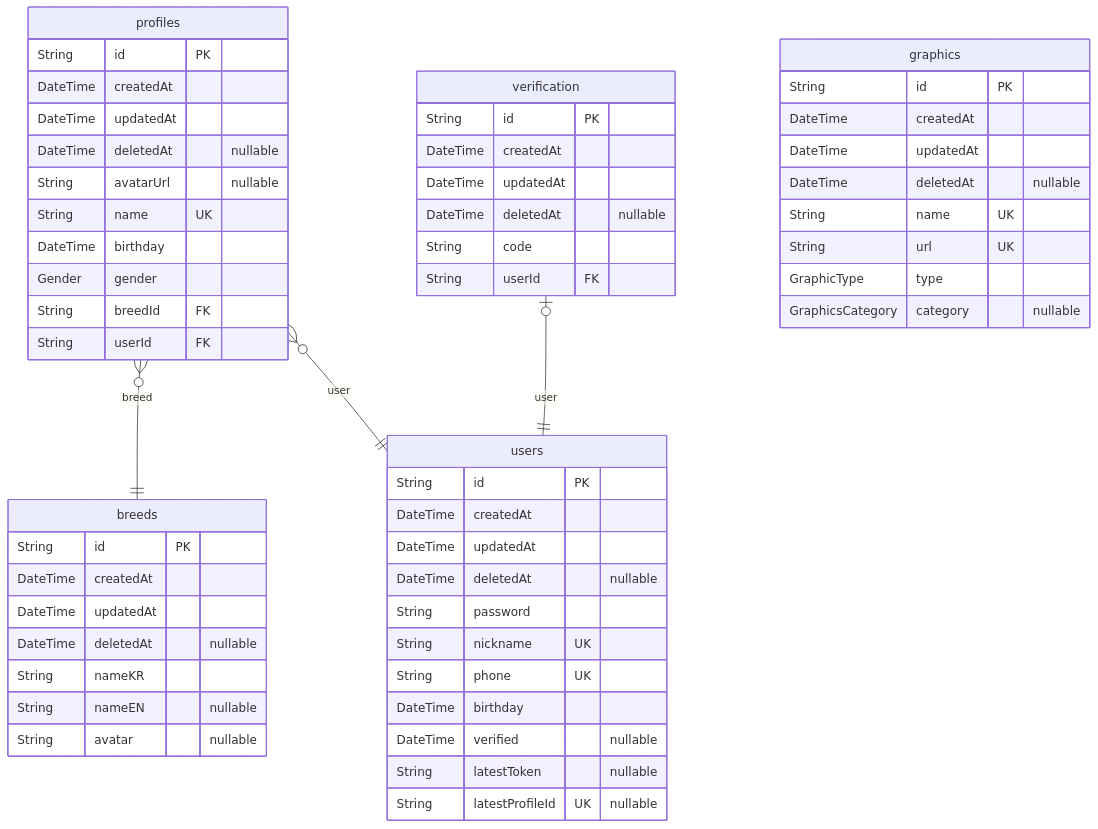
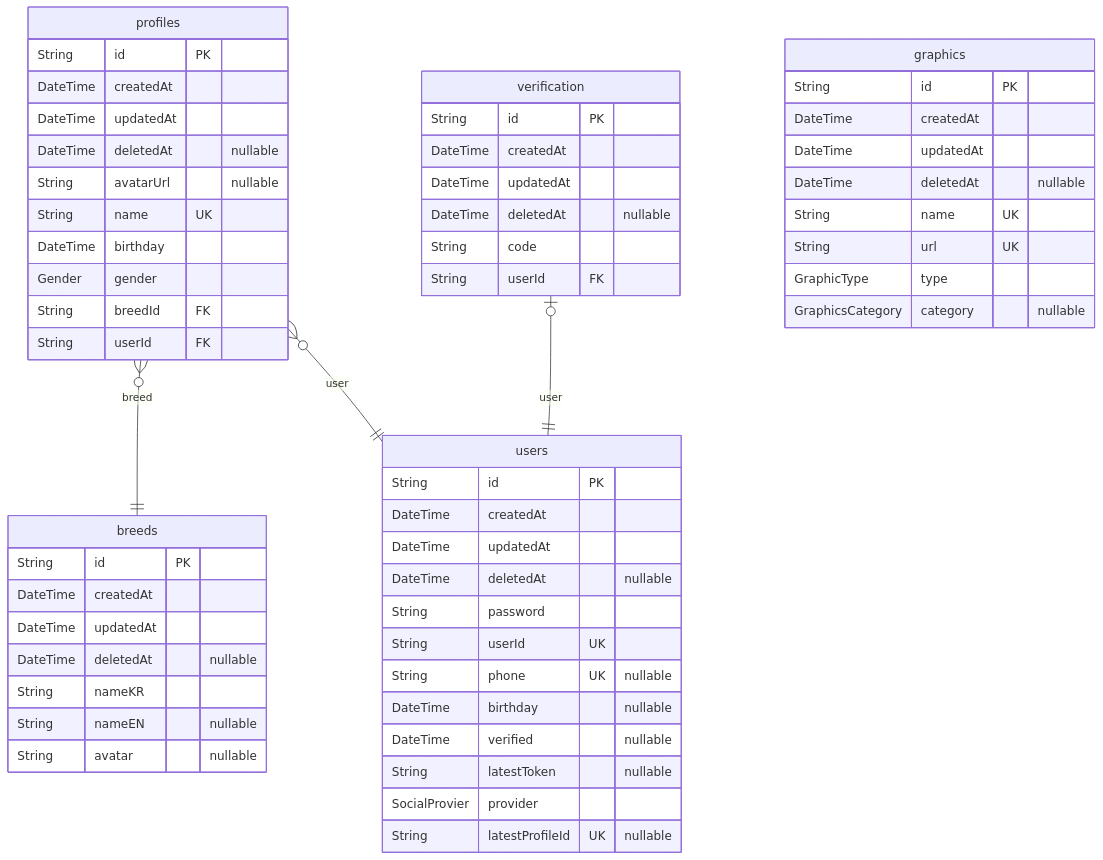
The diagram in prisma/ERD.md (Medici-Mansion/poop-backend), drawn with Mermaid before and after one commit. The commit also changed other lines of this file and 27 other files, not shown here.

````diff
--- a/prisma/ERD.md
+++ b/prisma/ERD.md
@@ -7,58 +7,59 @@
 ```mermaid
 erDiagram
 "breeds" {
   String id PK
   DateTime createdAt
   DateTime updatedAt
   DateTime deletedAt "nullable"
   String nameKR
   String nameEN "nullable"
   String avatar "nullable"
 }
 "profiles" {
   String id PK
   DateTime createdAt
   DateTime updatedAt
   DateTime deletedAt "nullable"
   String avatarUrl "nullable"
   String name UK
   DateTime birthday
   Gender gender
   String breedId FK
   String userId FK
 }
 "users" {
   String id PK
   DateTime createdAt
   DateTime updatedAt
   DateTime deletedAt "nullable"
   String password
-  String nickname UK
-  String phone UK
-  DateTime birthday
+  String userId UK
+  String phone UK "nullable"
+  DateTime birthday "nullable"
   DateTime verified "nullable"
   String latestToken "nullable"
+  SocialProvier provider
   String latestProfileId UK "nullable"
 }
 "verification" {
   String id PK
   DateTime createdAt
   DateTime updatedAt
   DateTime deletedAt "nullable"
   String code
   String userId FK
 }
 "graphics" {
   String id PK
   DateTime createdAt
   DateTime updatedAt
   DateTime deletedAt "nullable"
   String name UK
   String url UK
   GraphicType type
   GraphicsCategory category "nullable"
 }
 "profiles" }o--|| "breeds" : breed
 "profiles" }o--|| "users" : user
 "verification" |o--|| "users" : user
 ```
````
